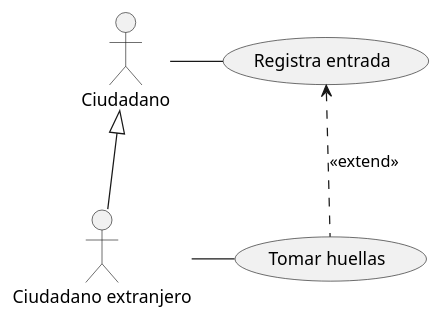
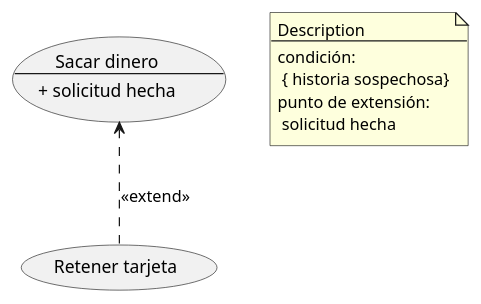
One commit to CorazaNegra/CasosDeUsos1 changed the diagram in CasosDeUso1.puml. Above: the diagram before and after it, drawn with PlantUML.

Commit message:
Puntos de extensión

```diff
--- a/CasosDeUso1.puml
+++ b/CasosDeUso1.puml
@@ -1,14 +1,13 @@
 @startuml
 
-actor "Ciudadano" as c
-actor "Ciudadano extranjero" as ce
+usecase UC1 as "Sacar dinero
+--
++ solicitud hecha"
 
-usecase "Registra entrada" as UC1
-usecase "Tomar huellas" as UC2
+usecase UC2 as "Retener tarjeta"
 
-c -right- UC1
-ce -right- UC2
-UC2 .up.> UC1 : <<extend>>
-c <|-- ce
+UC1 <.. UC2 : <<extend>>
+
+note "Description\n--\ncondición:\n { historia sospechosa}\npunto de extensión:\n solicitud hecha" as N2
 
 @enduml
```
